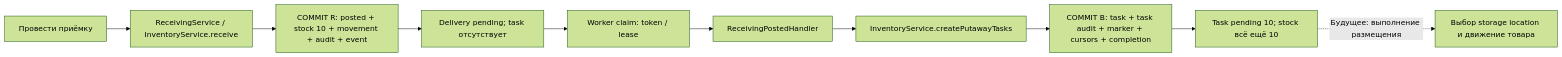
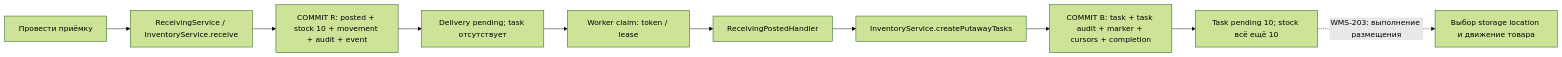
Before and after one commit to alekseishmidko/warehouse-control: the first of 6 diagrams in docs/flows/putaway.md, drawn with Mermaid (forest theme). The commit also changed other lines of this file and 66 other files, not shown here.

First line of the commit message:
WMS-203. Размещение и перемещения Реализовано 2026-10-29: полное task execution receiving → storage одного склада, только свободный stock, без изменения reserved. Общий transfer/partial/cancel и перенос allocations не реализованы. Flow, ADR-0021, проверки. Следующая задача — WMS-204.

````diff
--- a/docs/flows/putaway.md
+++ b/docs/flows/putaway.md
@@ -16,12 +17,12 @@
 ```mermaid
 flowchart LR
   HTTP["Провести приёмку"] --> API["ReceivingService / InventoryService.receive"]
   API --> A["COMMIT R: posted + stock 10 + movement + audit + event"]
   A --> D["Delivery pending; task отсутствует"]
   D --> W["Worker claim: token / lease"]
   W --> H["ReceivingPostedHandler"]
   H --> I["InventoryService.createPutawayTasks"]
   I --> B["COMMIT B: task + task audit + marker + cursors + completion"]
   B --> T["Task pending 10; stock всё ещё 10"]
-  T -. "Будущее: выполнение размещения" .-> Future["Выбор storage location и движение товара"]
+  T -. "WMS-203: выполнение размещения" .-> Future["Выбор storage location и движение товара"]
 ```
````
